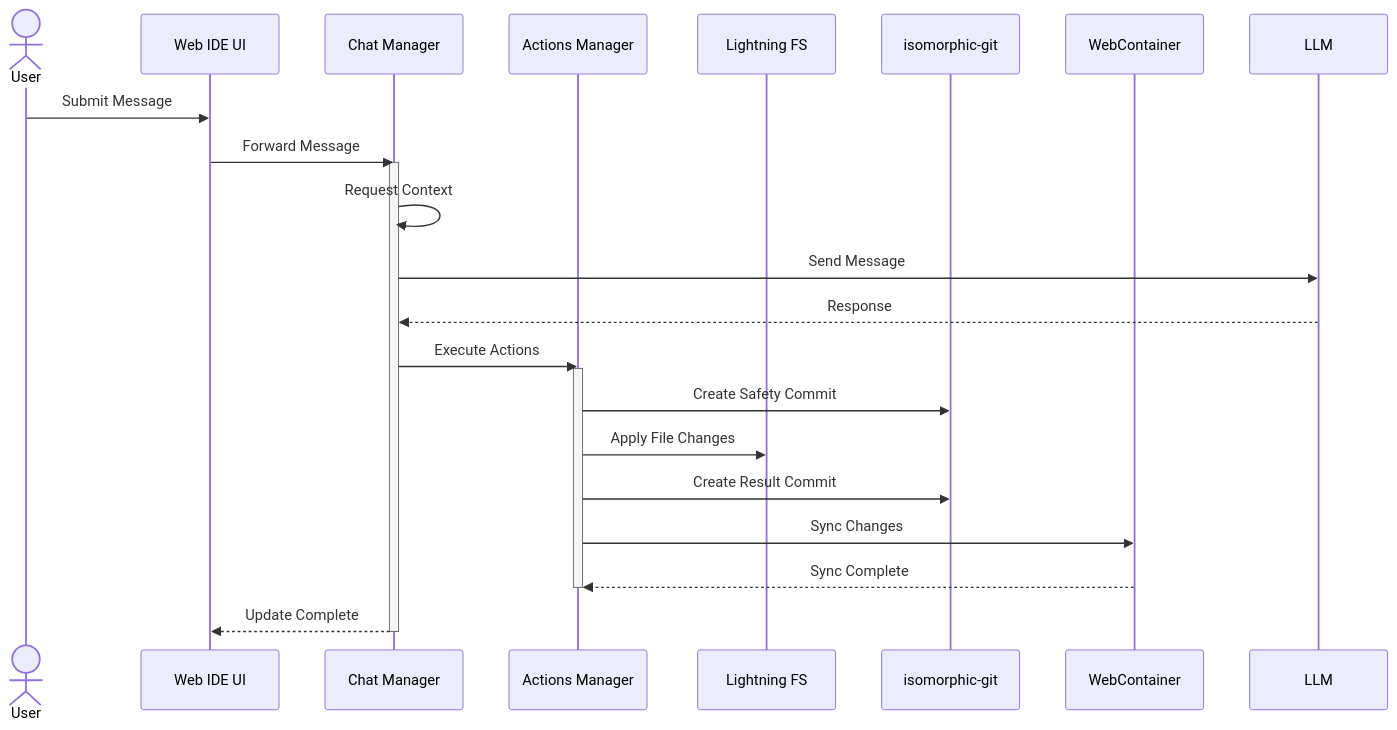
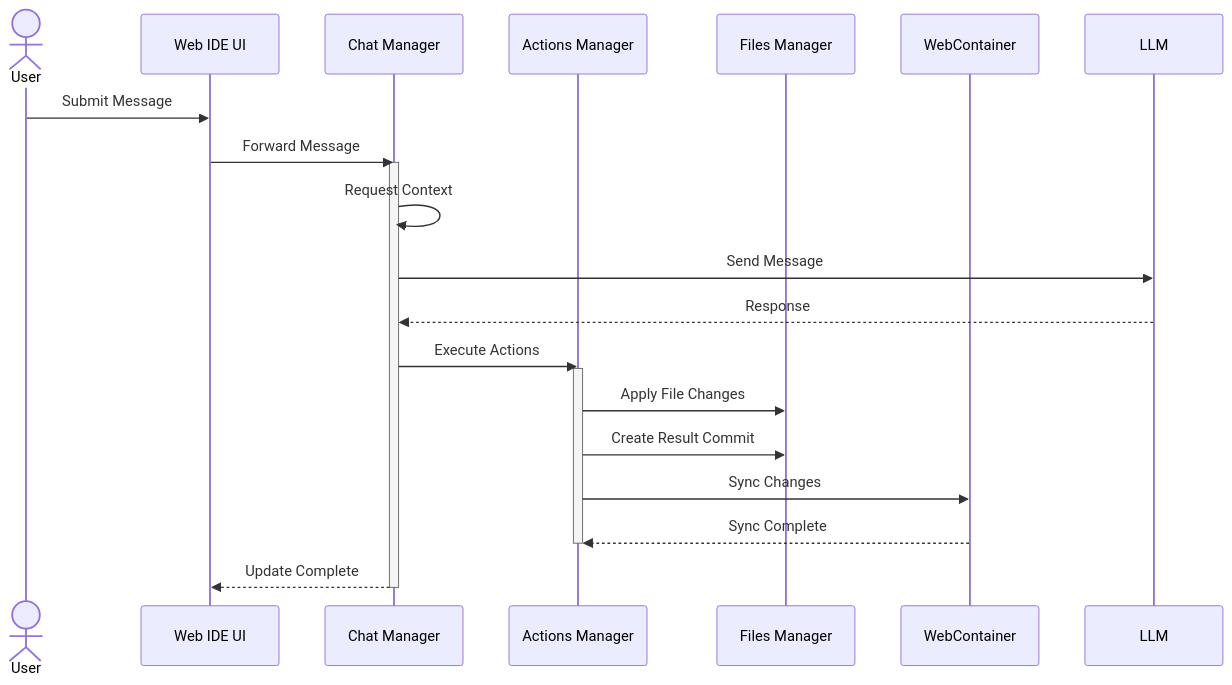
Before and after one commit to mrsimpson/piddie: the second of 16 diagrams in architecture.md, drawn with Mermaid. The commit also changed other lines of this file, not shown here.

````diff
--- a/architecture.md
+++ b/architecture.md
@@ -75,30 +68,28 @@
 ```mermaid
 sequenceDiagram
     actor User
     participant UI as Web IDE UI
     participant CHM as Chat Manager
     participant AM as Actions Manager
-    participant LFS as Lightning FS
-    participant IG as isomorphic-git
+    participant FM as Files Manager
     participant WC as WebContainer
     
     User->>UI: Submit Message
     UI->>CHM: Forward Message
     
     activate CHM
     CHM->>CHM: Request Context
     CHM->>LLM: Send Message
     LLM-->>CHM: Response
     CHM->>AM: Execute Actions
     
     activate AM
-    AM->>IG: Create Safety Commit
-    AM->>LFS: Apply File Changes
-    AM->>IG: Create Result Commit
+    AM->>FM: Apply File Changes
+    AM->>FM: Create Result Commit
     AM->>WC: Sync Changes
     WC-->>AM: Sync Complete
     deactivate AM
     
     CHM-->>UI: Update Complete
     deactivate CHM
 ```
````
